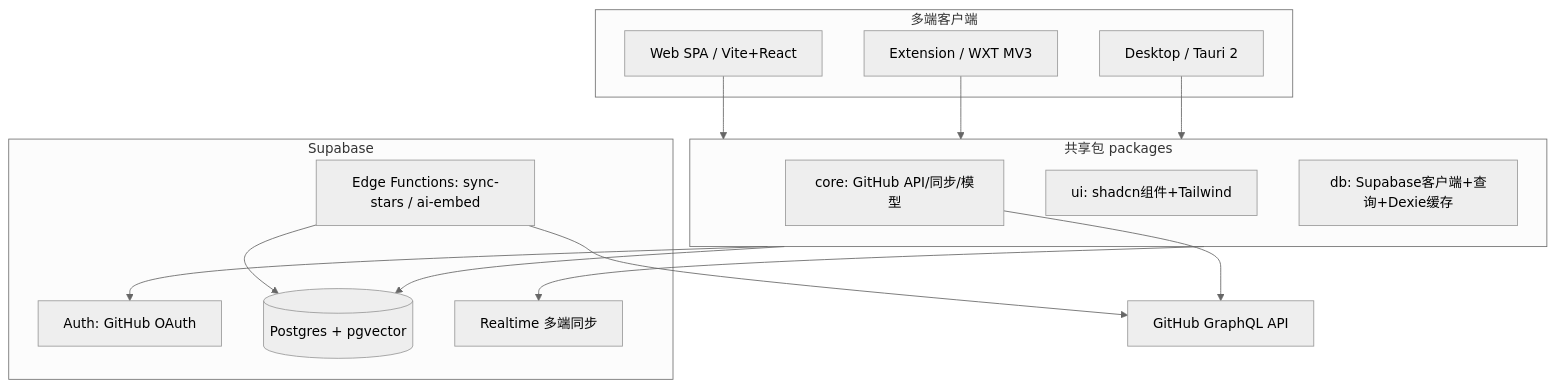
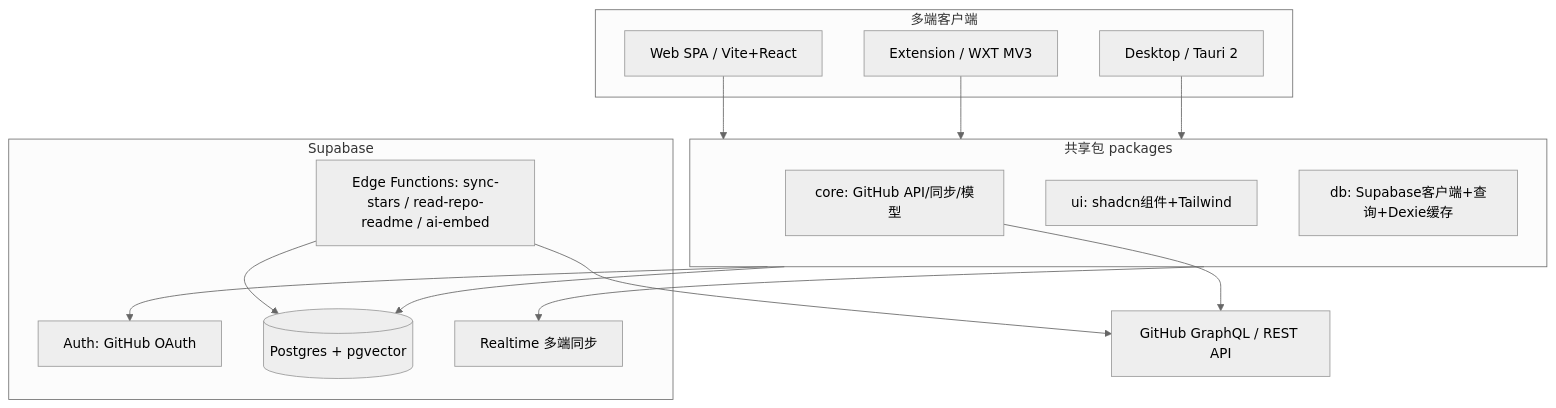
The first of 2 diagrams in knowledge/contracts/architecture.md (Mournerliao/asterism), drawn with Mermaid (neutral theme) before and after one commit. The commit also changed other lines of this file and 30 other files, not shown here.

````diff
--- a/knowledge/contracts/architecture.md
+++ b/knowledge/contracts/architecture.md
@@ -9,30 +9,30 @@
 ```mermaid
 flowchart TD
   subgraph clients [多端客户端]
     web[Web SPA / Vite+React]
     ext[Extension / WXT MV3]
     desktop[Desktop / Tauri 2]
   end
   subgraph shared [共享包 packages]
     core[core: GitHub API/同步/模型]
     ui[ui: shadcn组件+Tailwind]
     db[db: Supabase客户端+查询+Dexie缓存]
   end
   subgraph supabase [Supabase]
     auth[Auth: GitHub OAuth]
     pg[(Postgres + pgvector)]
-    fn[Edge Functions: sync-stars / ai-embed]
+    fn[Edge Functions: sync-stars / read-repo-readme / ai-embed]
     rt[Realtime 多端同步]
   end
-  gh[GitHub GraphQL API]
+  gh[GitHub GraphQL / REST API]
 
   web --> shared
   ext --> shared
   desktop --> shared
   shared --> auth
   shared --> pg
   shared --> rt
   core --> gh
   fn --> gh
   fn --> pg
 ```
````
